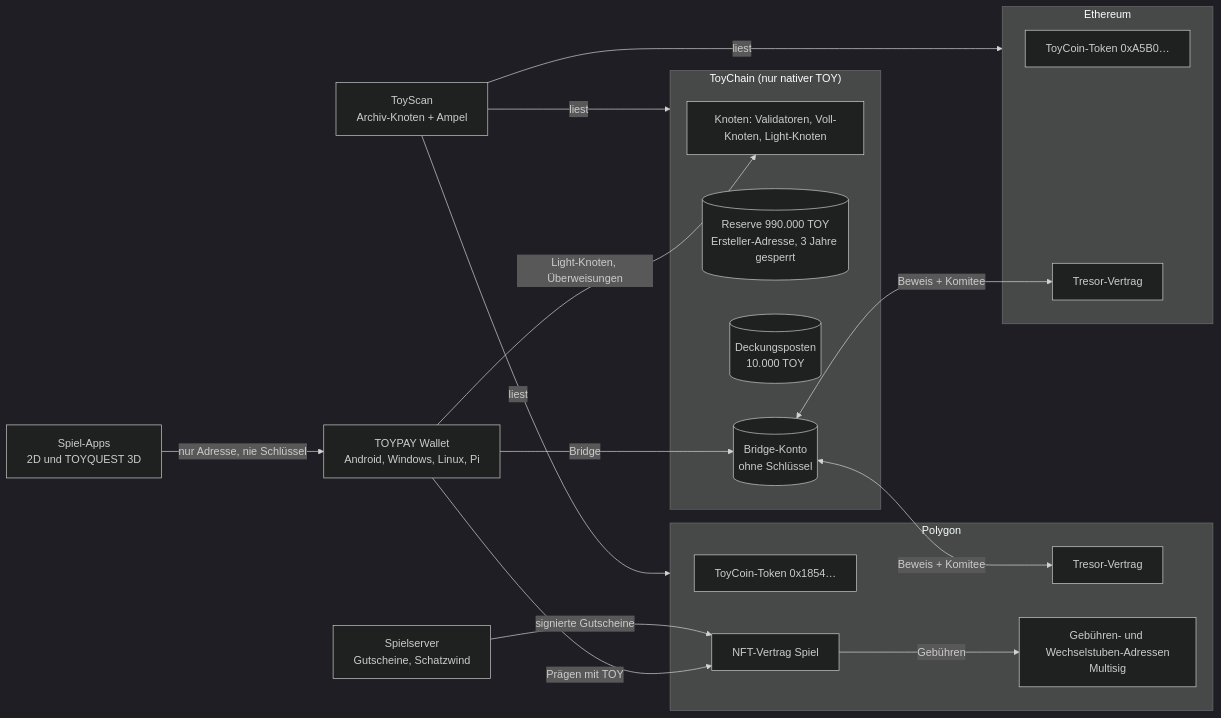
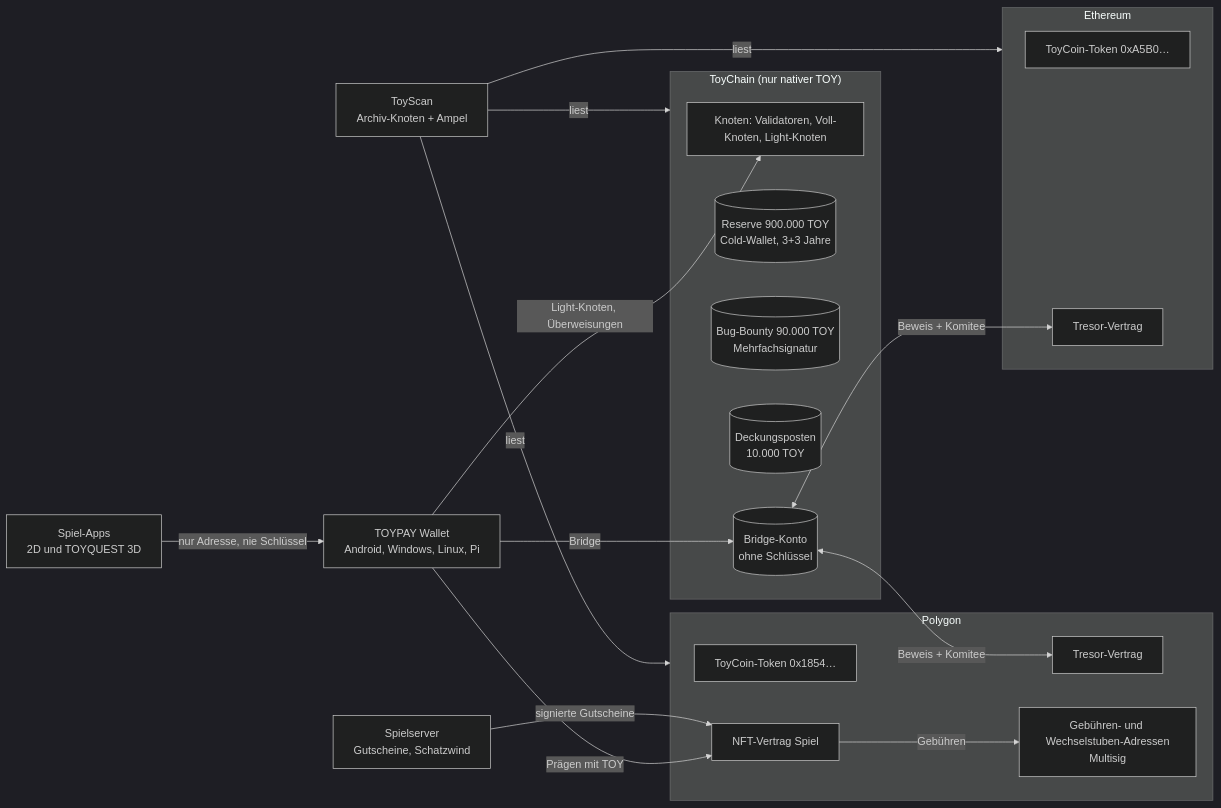
The diagram in docs/05-gesamtsystem.md (TOYfoundation/toycoin), drawn with Mermaid (dark theme) before and after one commit. The commit also changed other lines of this file and 8 other files, not shown here.

First line of the commit message:
Record decisions 42-45: reserve release over 3 years, 90k bug bounty, official cold wallets, community governance with fixed constitution

````diff
--- a/docs/05-gesamtsystem.md
+++ b/docs/05-gesamtsystem.md
@@ -7,34 +7,35 @@
 ```mermaid
 flowchart LR
   subgraph TC["ToyChain (nur nativer TOY)"]
     N[Knoten: Validatoren, Voll-Knoten, Light-Knoten]
-    R[(Reserve 990.000 TOY<br/>Ersteller-Adresse, 3 Jahre gesperrt)]
+    R[(Reserve 900.000 TOY<br/>Cold-Wallet, 3+3 Jahre)]
+    BB[(Bug-Bounty 90.000 TOY<br/>Mehrfachsignatur)]
     D[(Deckungsposten<br/>10.000 TOY)]
     B[(Bridge-Konto<br/>ohne Schlüssel)]
   end
   subgraph POL["Polygon"]
     TP[ToyCoin-Token 0x1854…]
     VP[Tresor-Vertrag]
     NFT[NFT-Vertrag Spiel]
     FEE[Gebühren- und Wechselstuben-Adressen<br/>Multisig]
   end
   subgraph ETH["Ethereum"]
     TE[ToyCoin-Token 0xA5B0…]
     VE[Tresor-Vertrag]
   end
   W[TOYPAY Wallet<br/>Android, Windows, Linux, Pi]
   G[Spiel-Apps<br/>2D und TOYQUEST 3D]
   S[Spielserver<br/>Gutscheine, Schatzwind]
   X[ToyScan<br/>Archiv-Knoten + Ampel]
   W -- Light-Knoten, Überweisungen --> N
   W -- Bridge --> B
   B <-- Beweis + Komitee --> VP
   B <-- Beweis + Komitee --> VE
   W -- Prägen mit TOY --> NFT
   G -- nur Adresse, nie Schlüssel --> W
   S -- signierte Gutscheine --> NFT
   NFT -- Gebühren --> FEE
   X -- liest --> TC
   X -- liest --> POL
   X -- liest --> ETH
 ```
````
